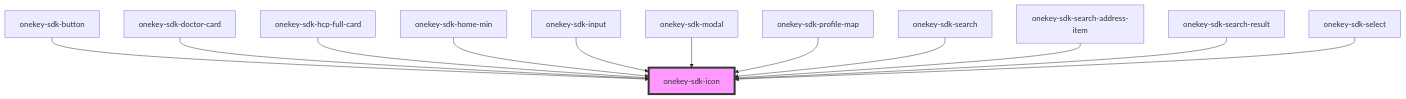
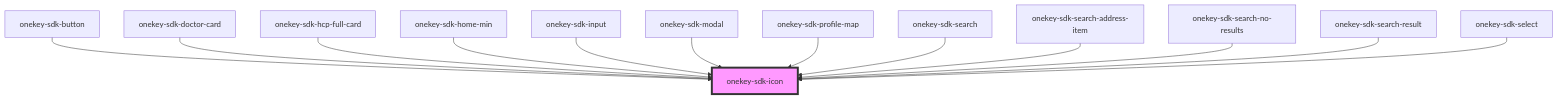
One commit to hcl-sdk/HealthCareLocatorWebSDK changed the diagram in packages/onekey-sdk-web-ui/docs/components/ui-kits/onekey-sdk-icon/readme.md. Above: the diagram before and after it, drawn with Mermaid. The commit also changed other lines of this file and 32 other files, not shown here.

Commit message:
fix(share,search): fix share template, profile map on real mobile, align search and show reset btn. implement search no results

````diff
--- a/packages/onekey-sdk-web-ui/docs/components/ui-kits/onekey-sdk-icon/readme.md
+++ b/packages/onekey-sdk-web-ui/docs/components/ui-kits/onekey-sdk-icon/readme.md
@@ -36,15 +37,16 @@
 ```mermaid
 graph TD;
   onekey-sdk-button --> onekey-sdk-icon
   onekey-sdk-doctor-card --> onekey-sdk-icon
   onekey-sdk-hcp-full-card --> onekey-sdk-icon
   onekey-sdk-home-min --> onekey-sdk-icon
   onekey-sdk-input --> onekey-sdk-icon
   onekey-sdk-modal --> onekey-sdk-icon
   onekey-sdk-profile-map --> onekey-sdk-icon
   onekey-sdk-search --> onekey-sdk-icon
   onekey-sdk-search-address-item --> onekey-sdk-icon
+  onekey-sdk-search-no-results --> onekey-sdk-icon
   onekey-sdk-search-result --> onekey-sdk-icon
   onekey-sdk-select --> onekey-sdk-icon
   style onekey-sdk-icon fill:#f9f,stroke:#333,stroke-width:4px
 ```
````
